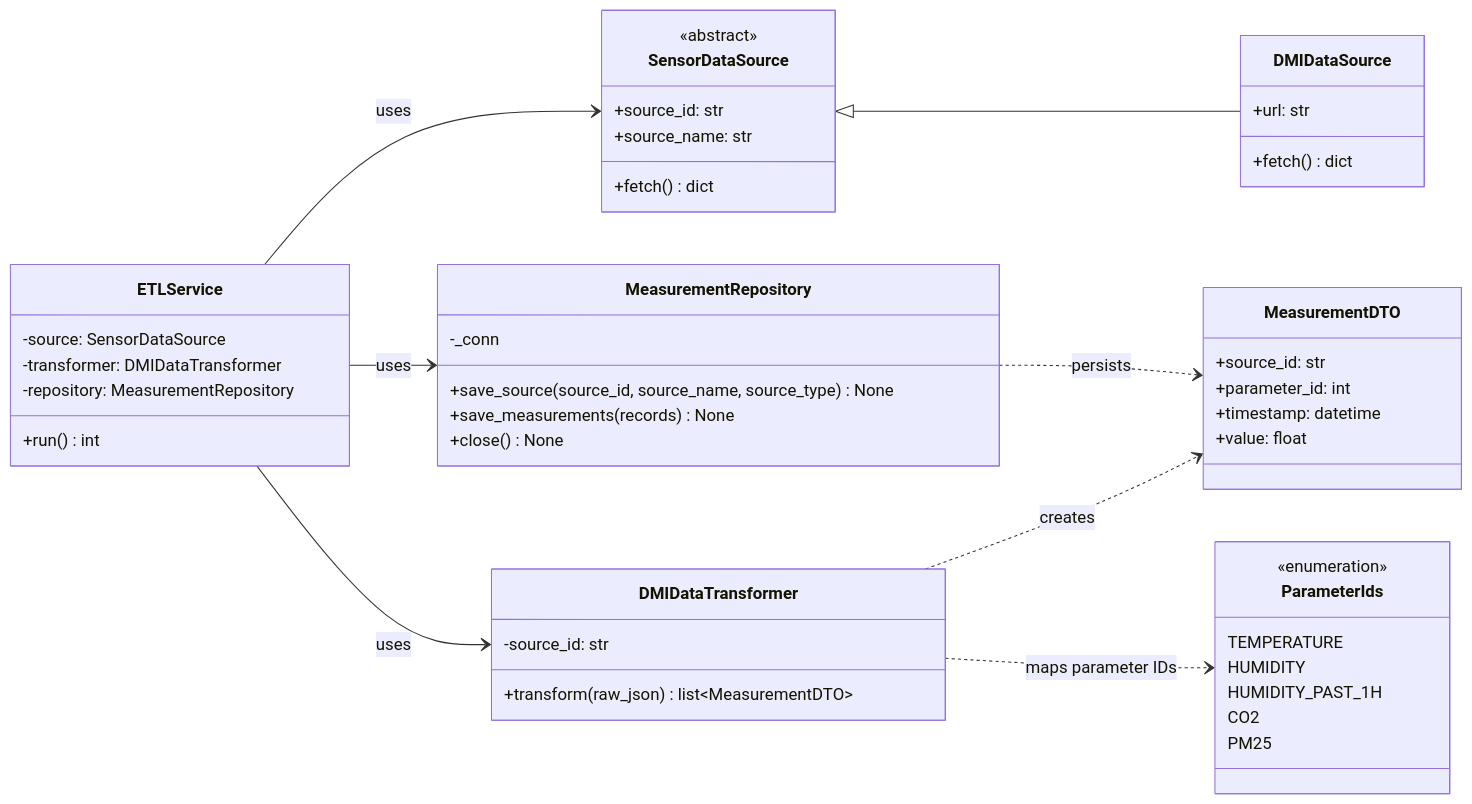
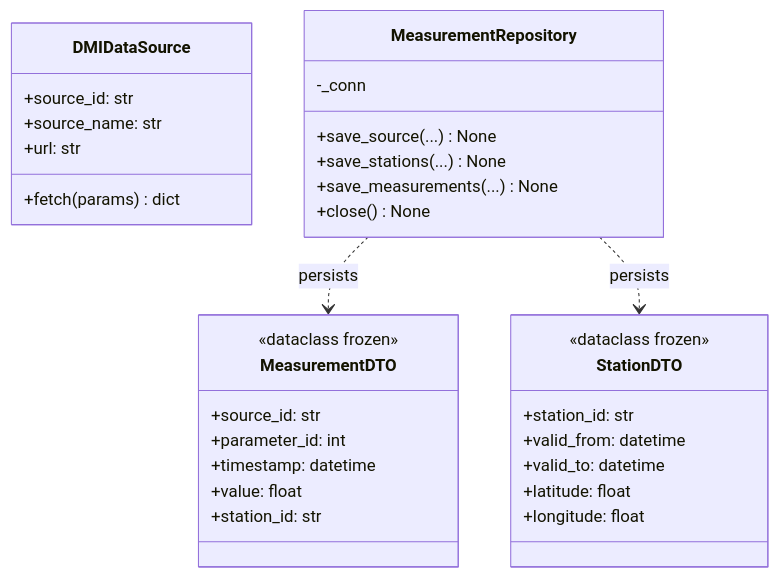
The second of 5 diagrams in README.md (mielouise/environment_data_project), drawn with Mermaid before and after one commit. The commit also changed other lines of this file, not shown here.

Commit message:
Document clean SRP architecture and remove obsolete class diagrams

````diff
--- a/README.md
+++ b/README.md
@@ -245,60 +176,34 @@
 ```mermaid
 classDiagram
-    direction LR
-
-    class SensorDataSource {
-        <<abstract>>
+    class DMIDataSource {
         +source_id: str
         +source_name: str
-        +fetch() dict
+        +url: str
+        +fetch(params) dict
     }
-
-    class DMIDataSource {
-        +url: str
-        +fetch() dict
-    }
-
-    class ETLService {
-        -source: SensorDataSource
-        -transformer: DMIDataTransformer
-        -repository: MeasurementRepository
-        +run() int
-    }
-
-    class DMIDataTransformer {
-        -source_id: str
-        +transform(raw_json) list~MeasurementDTO~
-    }
-
     class MeasurementDTO {
+        <<dataclass frozen>>
         +source_id: str
         +parameter_id: int
         +timestamp: datetime
         +value: float
+        +station_id: str
     }
-
+    class StationDTO {
+        <<dataclass frozen>>
+        +station_id: str
+        +valid_from: datetime
+        +valid_to: datetime
+        +latitude: float
+        +longitude: float
+    }
     class MeasurementRepository {
         -_conn
-        +save_source(source_id, source_name, source_type) None
-        +save_measurements(records) None
+        +save_source(...) None
+        +save_stations(...) None
+        +save_measurements(...) None
         +close() None
     }
-
-    class ParameterIds {
-        <<enumeration>>
-        TEMPERATURE
-        HUMIDITY
-        HUMIDITY_PAST_1H
-        CO2
-        PM25
-    }
-
-    SensorDataSource <|-- DMIDataSource
-
-    ETLService --> SensorDataSource : uses
-    ETLService --> DMIDataTransformer : uses
-    ETLService --> MeasurementRepository : uses
-    DMIDataTransformer ..> MeasurementDTO : creates
-    DMIDataTransformer ..> ParameterIds : maps parameter IDs
     MeasurementRepository ..> MeasurementDTO : persists
+    MeasurementRepository ..> StationDTO : persists
 ```
````
